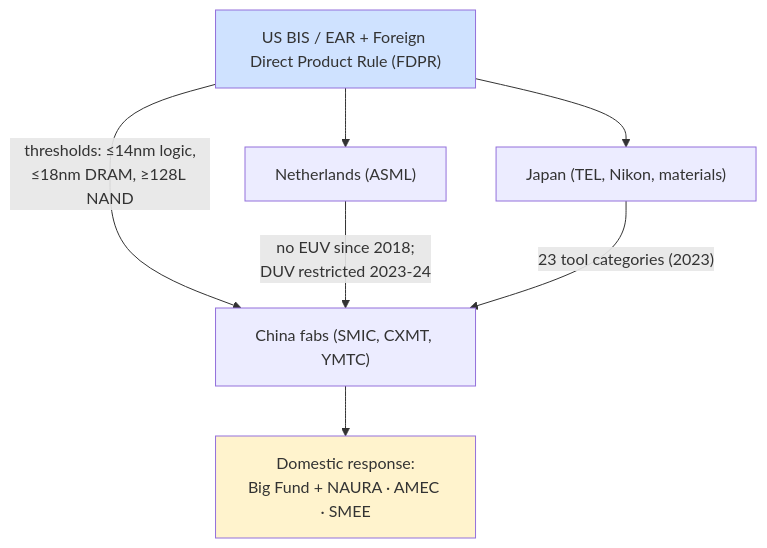
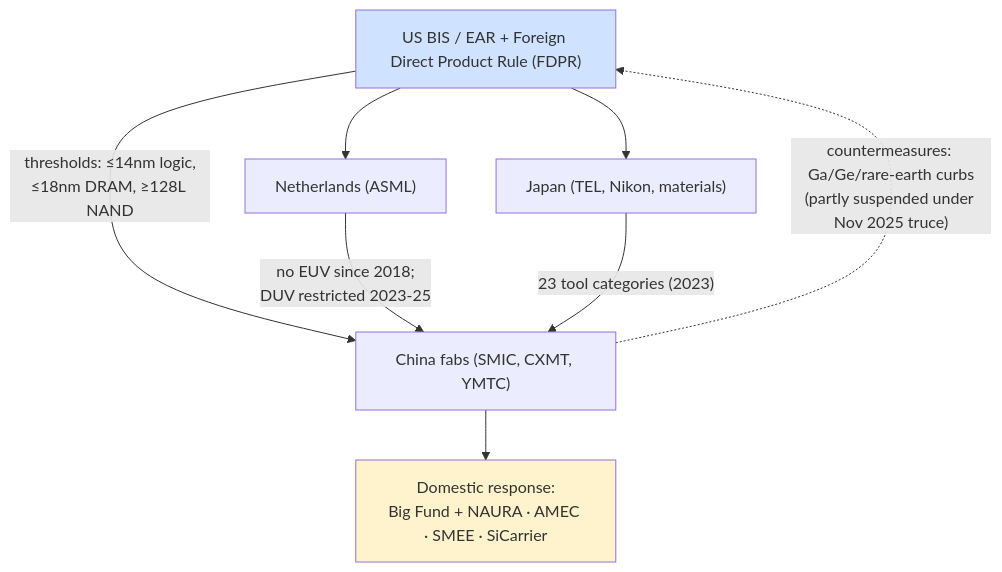
Before and after one commit to FrankHuang94/semicap_technologies_claude: the first of 2 diagrams in 18_geopolitics_and_export_controls.md, drawn with Mermaid. The commit also changed other lines of this file and 60 other files, not shown here.

````diff
--- a/18_geopolitics_and_export_controls.md
+++ b/18_geopolitics_and_export_controls.md
@@ -13,11 +13,12 @@
 ```mermaid
 flowchart TD
     US["US BIS / EAR + Foreign Direct Product Rule (FDPR)"] --> NL["Netherlands (ASML)"]
     US --> JP["Japan (TEL, Nikon, materials)"]
     US -->|"thresholds: ≤14nm logic,<br/>≤18nm DRAM, ≥128L NAND"| CN["China fabs (SMIC, CXMT, YMTC)"]
-    NL -->|"no EUV since 2018;<br/>DUV restricted 2023-24"| CN
+    NL -->|"no EUV since 2018;<br/>DUV restricted 2023-25"| CN
     JP -->|"23 tool categories (2023)"| CN
-    CN --> DOM["Domestic response:<br/>Big Fund + NAURA · AMEC · SMEE"]
+    CN --> DOM["Domestic response:<br/>Big Fund + NAURA · AMEC · SMEE · SiCarrier"]
+    CN -.->|"countermeasures: Ga/Ge/rare-earth curbs<br/>(partly suspended under Nov 2025 truce)"| US
     style US fill:#cfe2ff
     style DOM fill:#fff3cd
 ```
````
